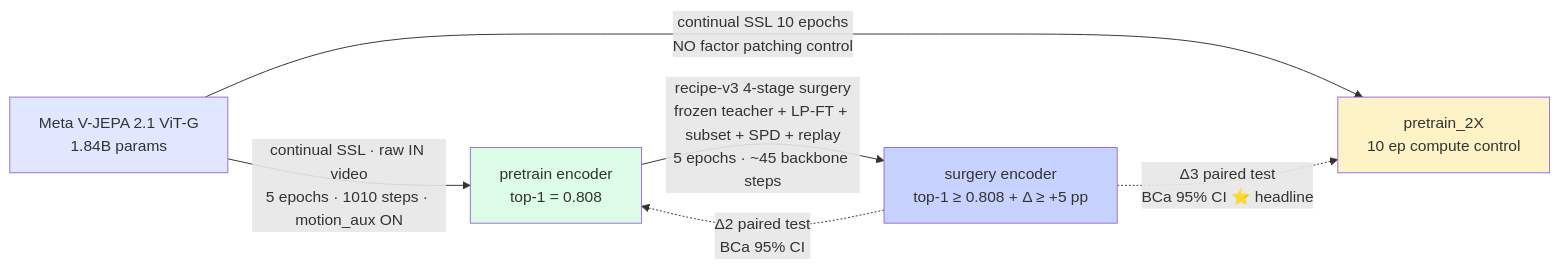
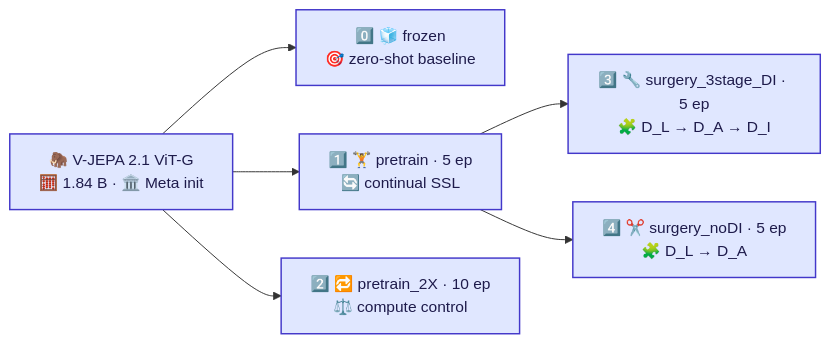
Before and after one commit to kapilw25/factorjepa: the second of 9 diagrams in iter/iter15_trainHead_freezeEncoder/high_level_mermaid_SD.md, drawn with Mermaid. The commit also changed other lines of this file and 1 other file, not shown here.

````diff
--- a/iter/iter15_trainHead_freezeEncoder/high_level_mermaid_SD.md
+++ b/iter/iter15_trainHead_freezeEncoder/high_level_mermaid_SD.md
@@ -412,13 +24,11 @@
 ```mermaid
 flowchart LR
-    M[Meta V-JEPA 2.1 ViT-G<br/>1.84B params]
-    M -->|continual SSL · raw IN video<br/>5 epochs · 1010 steps · motion_aux ON| P[pretrain encoder<br/>top-1 = 0.808]
-    P -->|recipe-v3 4-stage surgery<br/>frozen teacher + LP-FT + subset + SPD + replay<br/>5 epochs · ~45 backbone steps| S[surgery encoder<br/>top-1 ≥ 0.808 + Δ ≥ +5 pp]
-    M -->|continual SSL 10 epochs<br/>NO factor patching control| P2[pretrain_2X<br/>10 ep compute control]
-    S -.->|Δ2 paired test<br/>BCa 95% CI| P
-    S -.->|Δ3 paired test<br/>BCa 95% CI ⭐ headline| P2
-    style M fill:#e0e7ff
-    style P fill:#dcfce7
-    style P2 fill:#fef3c7
-    style S fill:#c7d2fe
+    M["🦣 V-JEPA 2.1 ViT-G<br/>🧮 1.84 B · 🏛️ Meta init"]
+    M --> A0["0️⃣ 🧊 frozen<br/>🎯 zero-shot baseline"]
+    M --> A1["1️⃣ 🏋️ pretrain · 5 ep<br/>🔄 continual SSL"]
+    M --> A2["2️⃣ 🔁 pretrain_2X · 10 ep<br/>⚖️ compute control"]
+    A1 --> A3["3️⃣ 🔧 surgery_3stage_DI · 5 ep<br/>🧩 D_L → D_A → D_I"]
+    A1 --> A4["4️⃣ ✂️ surgery_noDI · 5 ep<br/>🧩 D_L → D_A"]
+    classDef node fill:#e0e7ff,stroke:#4338ca,color:#1e1b4b,stroke-width:1.5px
+    class M,A0,A1,A2,A3,A4 node
 ```
````
